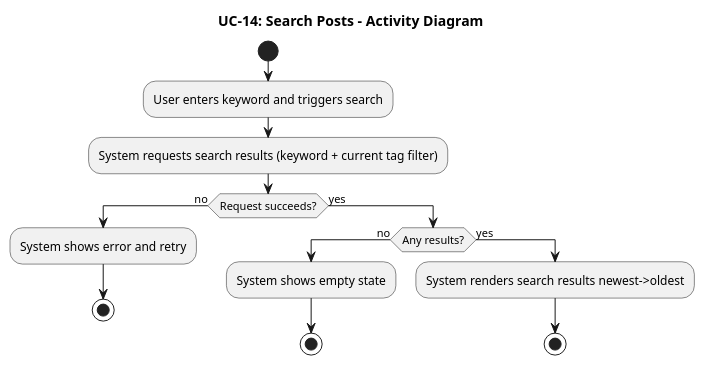
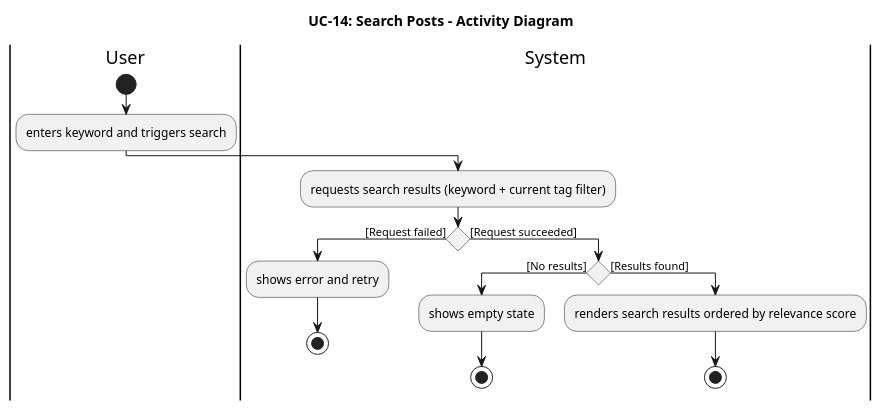
One commit to pzyllll/BridgeU changed diagram 16 of 27 in springboot-backend/BridgeU-SRS.md. Above: the diagram before and after it, drawn with PlantUML. The commit also changed other lines of this file and 5 other files, not shown here.

````diff
--- a/springboot-backend/BridgeU-SRS.md
+++ b/springboot-backend/BridgeU-SRS.md
@@ -2000,21 +2195,25 @@
 ```plantuml
 @startuml UC14_Activity_Diagram
 title UC-14: Search Posts - Activity Diagram
 
+|User|
 start
-:User enters keyword and triggers search;
-:System requests search results (keyword + current tag filter);
-if (Request succeeds?) then (no)
-  :System shows error and retry;
+:enters keyword and triggers search;
+
+|System|
+:requests search results (keyword + current tag filter);
+
+if () then ([Request failed])
+  :shows error and retry;
   stop
-else (yes)
-  if (Any results?) then (no)
-    :System shows empty state;
+else ([Request succeeded])
+  if () then ([No results])
+    :shows empty state;
     stop
-  else (yes)
-    :System renders search results newest->oldest;
+  else ([Results found])
+    :renders search results ordered by relevance score;
     stop
   endif
 endif
 @enduml
 ```
````
